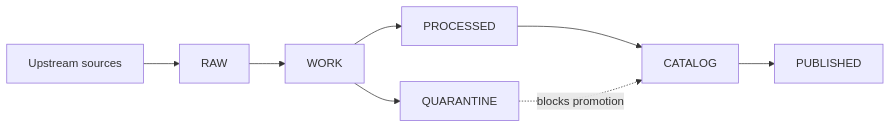
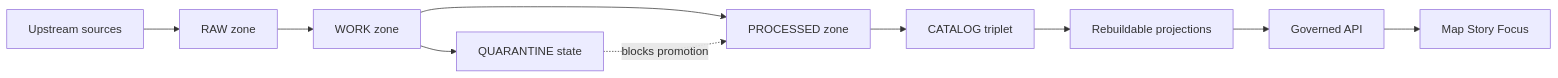
The diagram in data/README.md (bartytime4life/Kansas-Frontier-Matrix), drawn with Mermaid before and after one commit. The commit also changed other lines of this file, not shown here.

````diff
--- a/data/README.md
+++ b/data/README.md
@@ -113,11 +69,13 @@
 ```mermaid
 flowchart LR
-  S[Upstream sources] --> R[RAW]
-  R --> W[WORK]
-  W --> P[PROCESSED]
-  P --> C[CATALOG]
-  C --> U[PUBLISHED]
+  U[Upstream sources] --> R[RAW zone]
+  R --> W[WORK zone]
+  W --> P[PROCESSED zone]
+  P --> C[CATALOG triplet]
+  C --> IDX[Rebuildable projections]
+  IDX --> API[Governed API]
+  API --> UI[Map Story Focus]
 
-  W --> Q[QUARANTINE]
-  Q -.blocks promotion.-> C
+  W --> Q[QUARANTINE state]
+  Q -. blocks promotion .-> P
 ```
````
